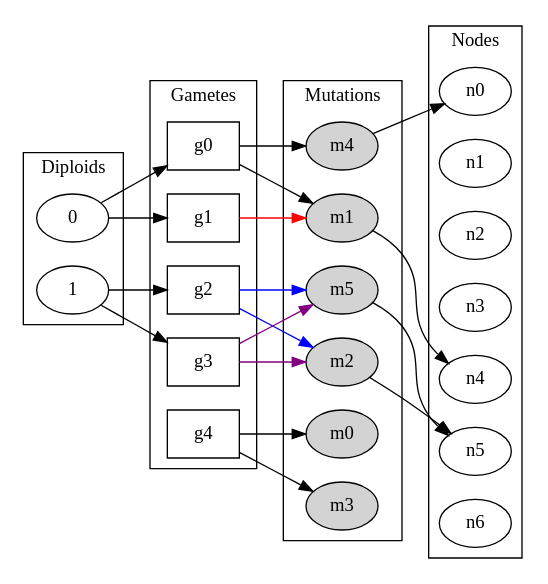
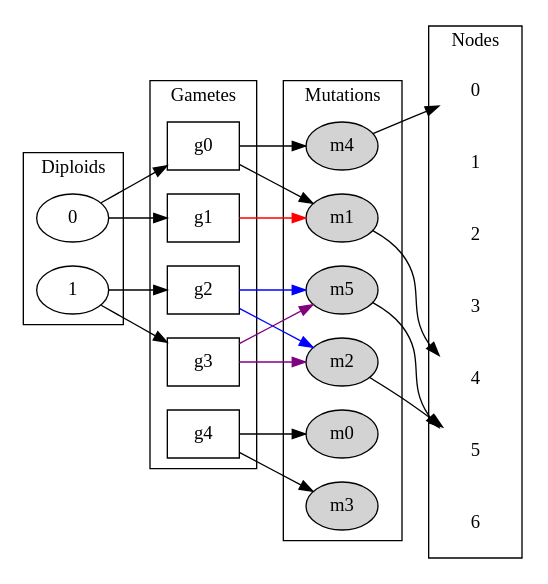
One commit to molpopgen/fwdpp_tsms changed the diagram in figs/datastructures.dot. Above: the diagram before and after it, drawn with Graphviz.

Commit message:
relabel nodes in figure

```diff
--- a/figs/datastructures.dot
+++ b/figs/datastructures.dot
@@ -1,52 +1,53 @@
 digraph d {
     graph[rankdir=LR]
 
     subgraph cluster_diploids {
     node [shape=oval]
     0 
     1
     label="Diploids"
     }
 
     subgraph cluster_gametes {
     node [shape=box]
     g0
     g1
     g2
     g3
     g4
     label="Gametes"
     }
 
     0 -> {g0, g1}
     1 -> {g2, g3}
 
     subgraph cluster_mutations {
     node [style=filled]
     m0  m1 m2  m3  m4  m5
     label="Mutations"
     }
 
     g0 -> {m1,m4} 
     g1 -> {m1} [color="red"]
     g2 -> {m2,m5} [color="blue"]
     g3 -> {m2,m5} [color="purple"]
     g4 -> {m0,m3}
 
     subgraph cluster_nodes
     {
-    n0
-    n1
-    n2
-    n3
-    n4
-    n5
-    n6
+    node [shape=none];
+    n0 [label="0"];
+    n1 [label="1"];
+    n2 [label="2"];
+    n3 [label="3"];
+    n4 [label="4"];
+    n5 [label="5"];
+    n6 [label="6"];
     label="Nodes"
     }
 
     m1 -> n4 [constraint=false];
     m4 ->n0 ;
     m2 -> n5;
     m5 -> n5[constraint=false];
 }
```
